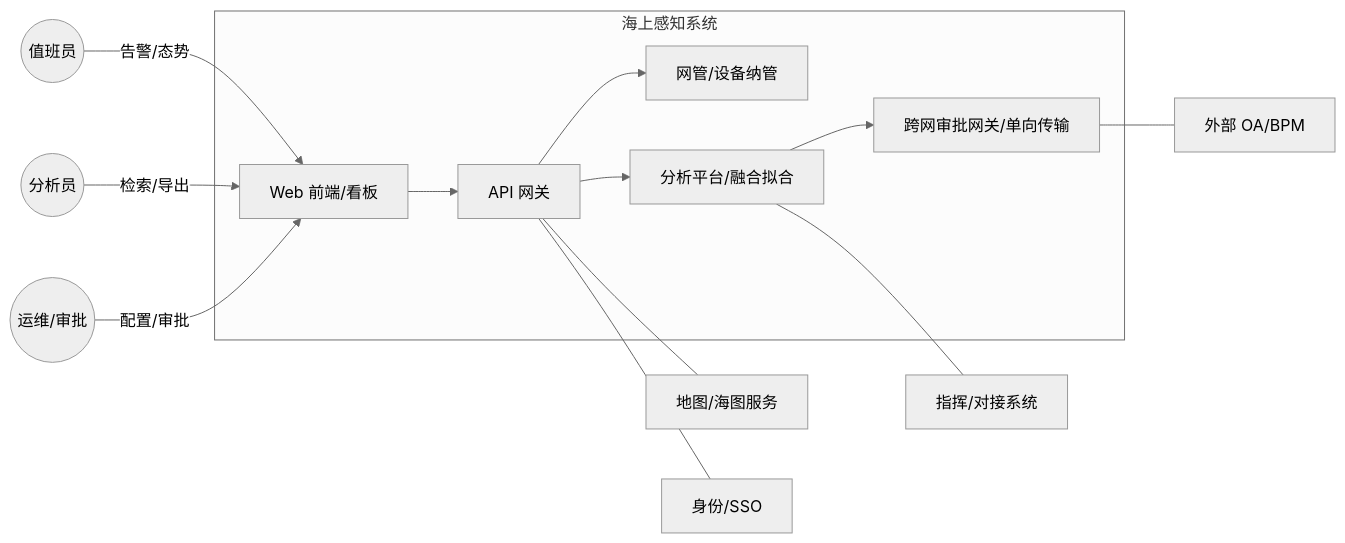
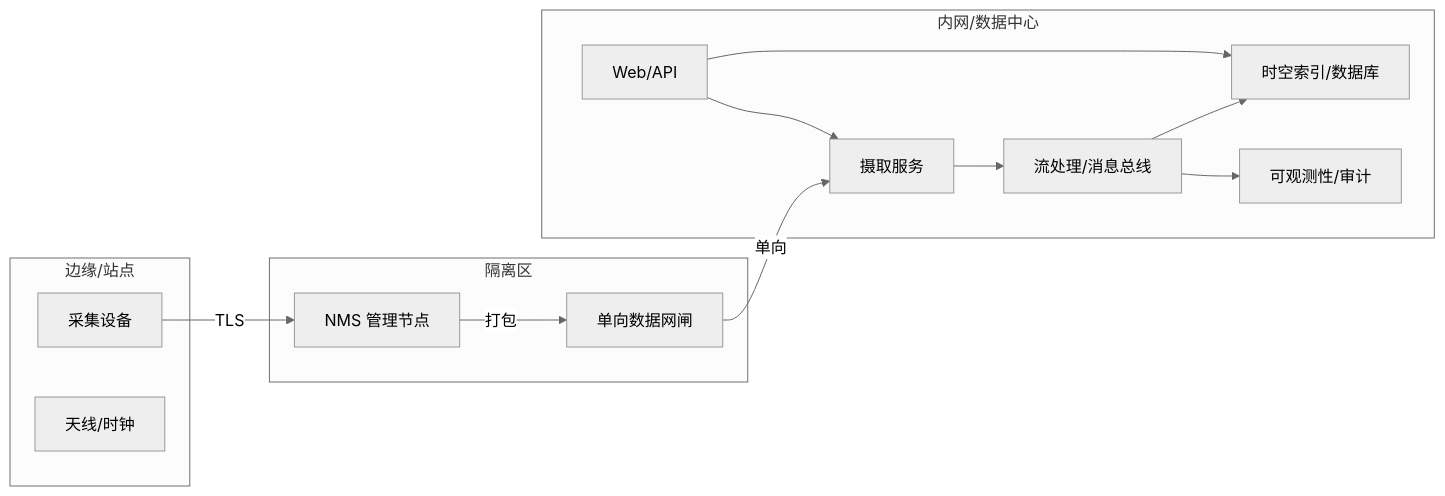
The diagram in all/未命名.md (BayminLee/iodraw-files), drawn with Mermaid (neutral theme) before and after one commit.

Commit message:
2025-11-03 13:46:21 update

````diff
--- a/all/未命名.md
+++ b/all/未命名.md
@@ -1,25 +1,25 @@
 ```mermaid
 flowchart LR
-  actorA((值班员))
-  actorB((分析员))
-  actorC((运维/审批))
-  subgraph OurSystem[海上感知系统]
-    Web[Web 前端/看板]
-    API[API 网关]
-    NMS[网管/设备纳管]
-    DTX[跨网审批网关/单向传输]
-    ANA[分析平台/融合拟合]
+  subgraph Edge[边缘/站点]
+    Dev[采集设备]
+    Ant[天线/时钟]
   end
-  actorA -- 告警/态势 --> Web
-  actorB -- 检索/导出 --> Web
-  actorC -- 配置/审批 --> Web
-  Web --> API
-  API --> NMS
-  API --> ANA
-  ANA --> DTX
-  DTX --- OA[外部 OA/BPM]
-  API --- MAP[地图/海图服务]
-  API --- SSO[身份/SSO]
-  ANA --- EXT[指挥/对接系统]
+  subgraph DMZ[隔离区]
+    NMS[NMS 管理节点]
+    Gate[单向数据网闸]
+  end
+  subgraph Intranet[内网/数据中心]
+    Ingest[摄取服务]
+    Stream[流处理/消息总线]
+    Index[时空索引/数据库]
+    Portal[Web/API]
+    Obs[可观测性/审计]
+  end
+  Dev -->|TLS| NMS
+  NMS -->|打包| Gate -->|单向| Ingest
+  Ingest --> Stream --> Index
+  Portal --> Ingest
+  Portal --> Index
+  Stream --> Obs
 
 ```
````
